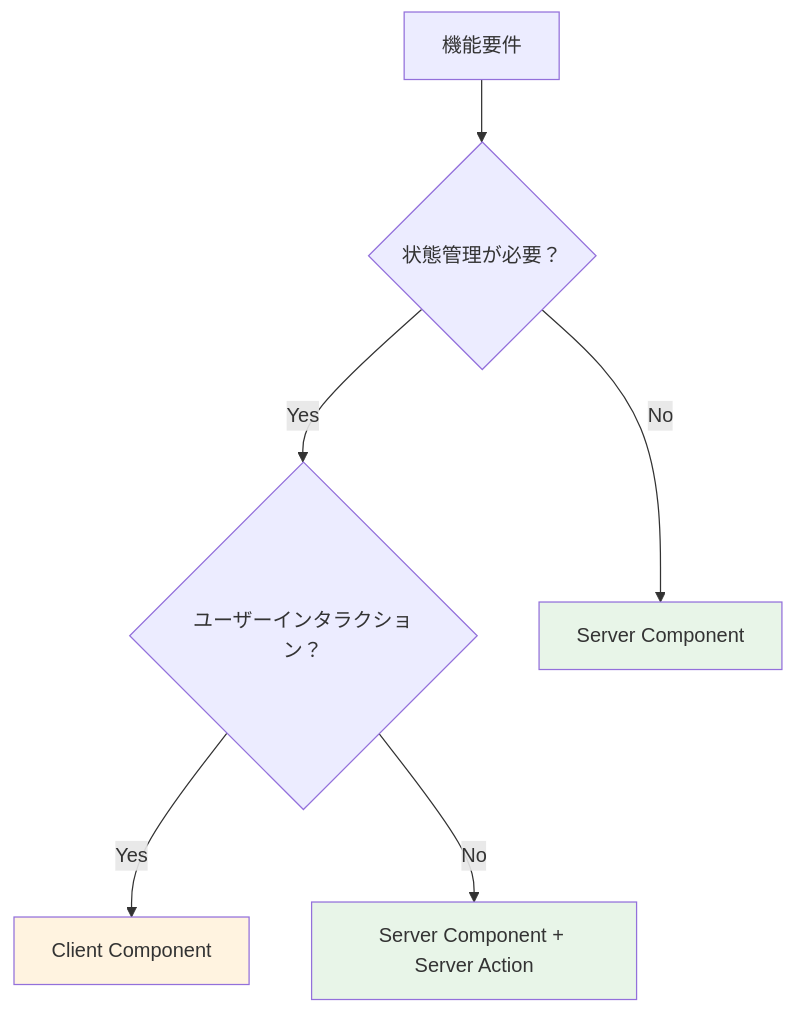
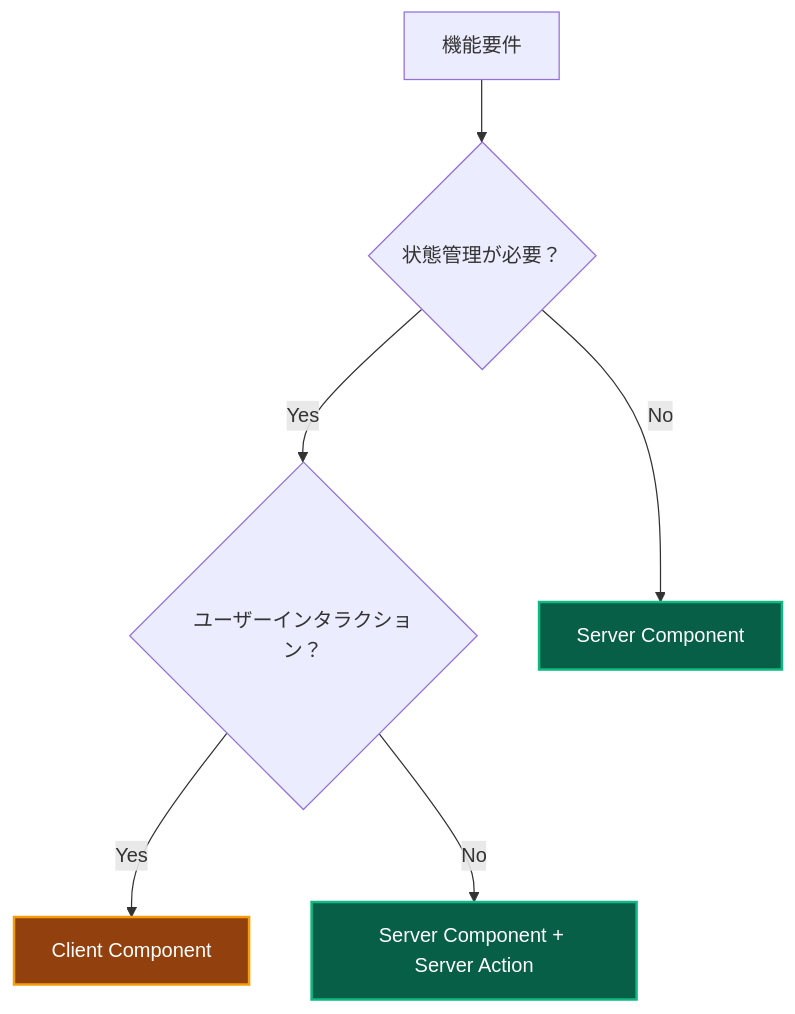
Before and after one commit to derushio/d-next-ddd-example: the second of 4 diagrams in _DOCS/guides/frontend-best-practices.md, drawn with Mermaid. The commit also changed other lines of this file and 31 other files, not shown here.

Commit message:
🎨: DOCSのMermaid図表カラーテーマを暗色に統一し視認性を向上

````diff
--- a/_DOCS/guides/frontend-best-practices.md
+++ b/_DOCS/guides/frontend-best-practices.md
@@ -90,12 +90,12 @@
 ```mermaid
 graph TD
     A[機能要件] --> B{状態管理が必要？}
     B -->|Yes| C{ユーザーインタラクション？}
     B -->|No| D[Server Component]
     C -->|Yes| E[Client Component]
     C -->|No| F[Server Component + Server Action]
     
-    style D fill:#e8f5e8
-    style E fill:#fff3e0
-    style F fill:#e8f5e8
+    style D fill:#065f46,stroke:#10b981,stroke-width:2px,color:#ffffff
+    style E fill:#92400e,stroke:#f59e0b,stroke-width:2px,color:#ffffff
+    style F fill:#065f46,stroke:#10b981,stroke-width:2px,color:#ffffff
 ```
````
